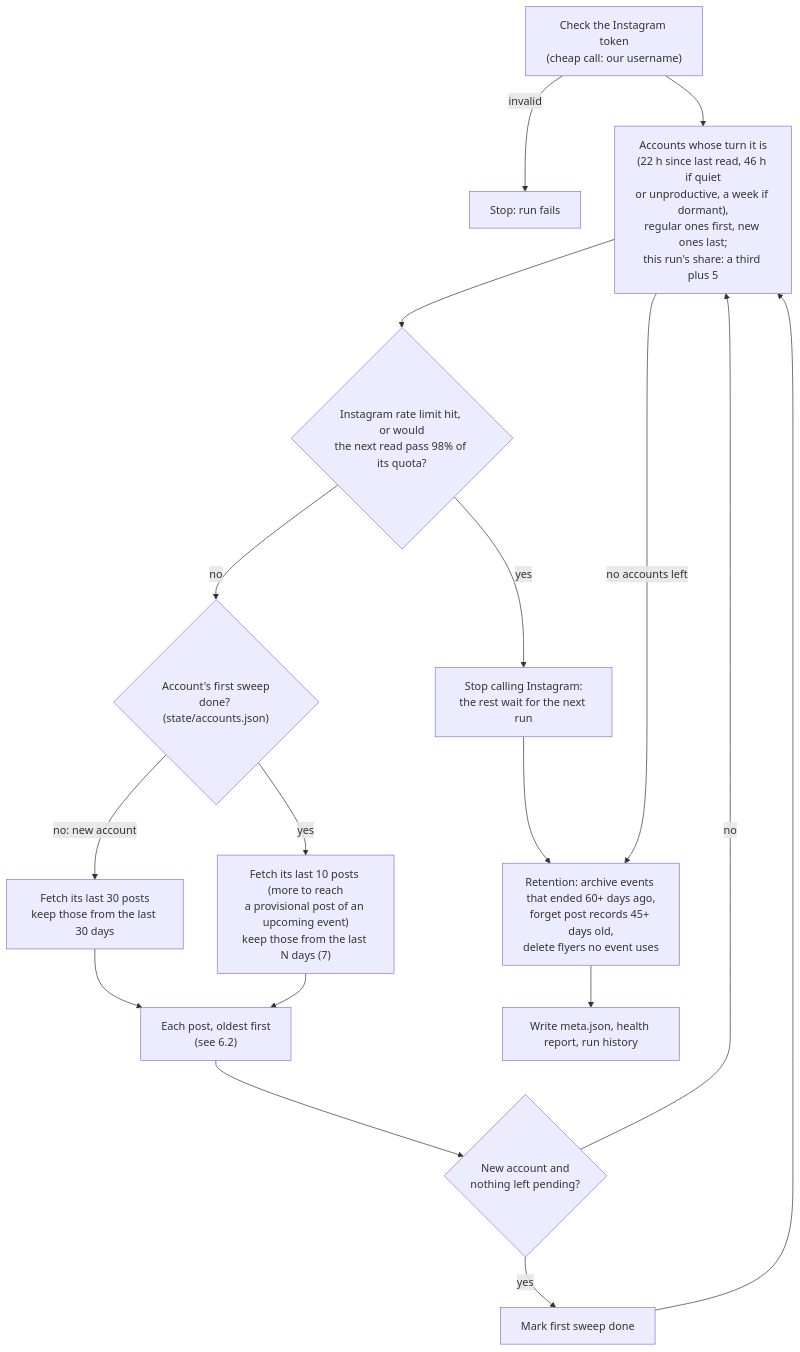
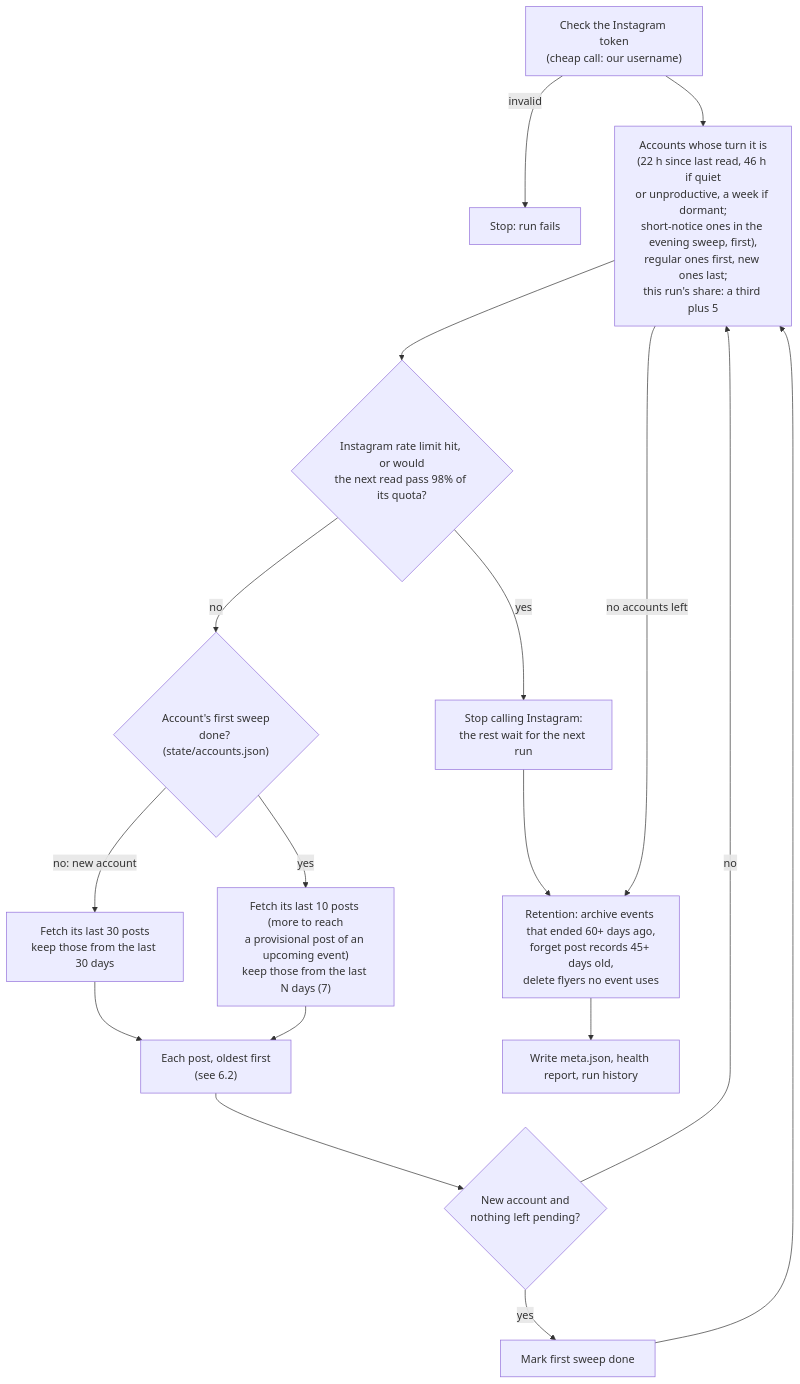
One commit to pa-bailar/backend changed the third of 12 diagrams in docs/ARCHITECTURE.md. Above: the diagram before and after it, drawn with Mermaid. The commit also changed other lines of this file and 13 other files, not shown here.

First line of the commit message:
feat(sweep): read short-notice accounts in the evening sweep (#210)

````diff
--- a/docs/ARCHITECTURE.md
+++ b/docs/ARCHITECTURE.md
@@ -503,19 +520,19 @@
 ```mermaid
 flowchart TD
     A["Check the Instagram token<br/>(cheap call: our username)"] -->|invalid| X["Stop: run fails"]
-    A --> B["Accounts whose turn it is<br/>(22 h since last read, 46 h if quiet<br/>or unproductive, a week if dormant),<br/>regular ones first, new ones last;<br/>this run's share: a third plus 5"]
+    A --> B["Accounts whose turn it is<br/>(22 h since last read, 46 h if quiet<br/>or unproductive, a week if dormant;<br/>short-notice ones in the evening sweep, first),<br/>regular ones first, new ones last;<br/>this run's share: a third plus 5"]
     B --> C{"Instagram rate limit hit, or would<br/>the next read pass 98% of its quota?"}
     C -->|yes| R["Stop calling Instagram:<br/>the rest wait for the next run"]
     C -->|no| D{"Account's first sweep<br/>done? (state/accounts.json)"}
     D -->|no: new account| E["Fetch its last 30 posts<br/>keep those from the last 30 days"]
     D -->|yes| F["Fetch its last 10 posts (more to reach<br/>a provisional post of an upcoming event)<br/>keep those from the last N days (7)"]
     E --> P["Each post, oldest first<br/>(see 6.2)"]
     F --> P
     P --> G{"New account and<br/>nothing left pending?"}
     G -->|yes| H["Mark first sweep done"]
     G -->|no| B
     H --> B
     R --> Z
     B -->|no accounts left| Z["Retention: archive events that ended 60+ days ago,<br/>forget post records 45+ days old,<br/>delete flyers no event uses"]
     Z --> M["Write meta.json, health report, run history"]
 ```
````
